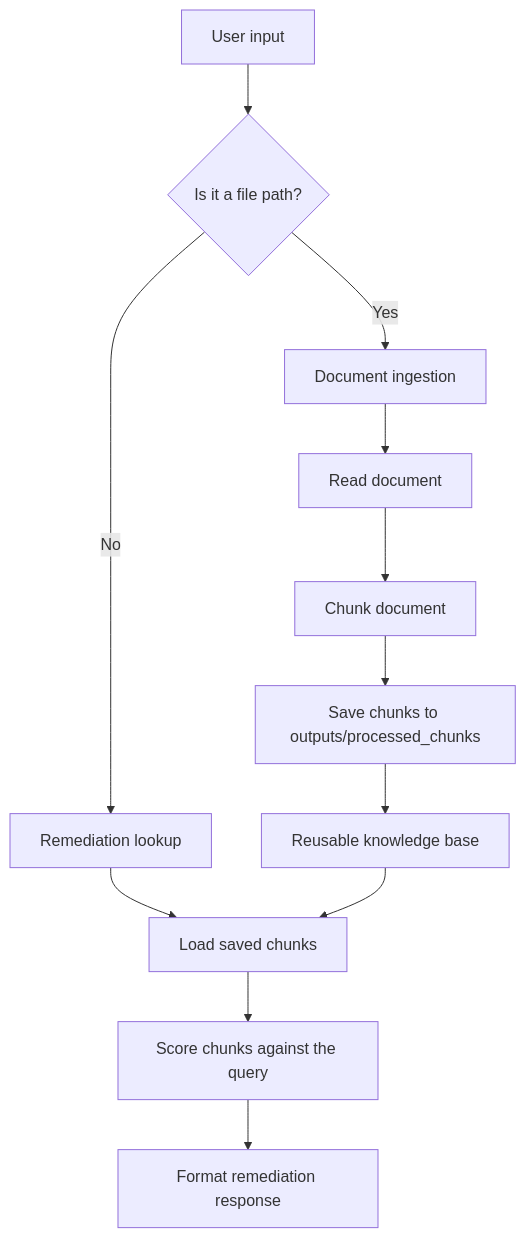
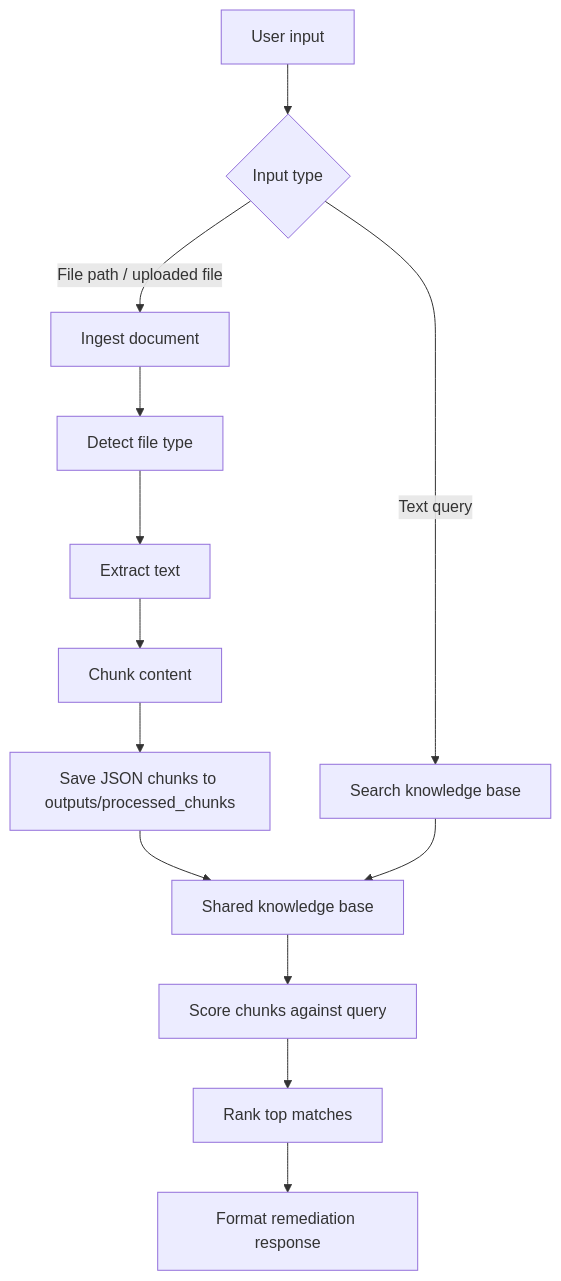
One commit to tsomiset/remediation_search changed the diagram in PROJECT_FLOW.md. Above: the diagram before and after it, drawn with Mermaid. The commit also changed other lines of this file, not shown here.

Commit message:
flow update

````diff
--- a/PROJECT_FLOW.md
+++ b/PROJECT_FLOW.md
@@ -7,17 +22,17 @@
 ```mermaid
 flowchart TD
-    A[User input] --> B{Is it a file path?}
-    B -- Yes --> C[Document ingestion]
-    B -- No --> D[Remediation lookup]
+    A[User input] --> B{Input type}
+    B -- File path / uploaded file --> C[Ingest document]
+    B -- Text query --> D[Search knowledge base]
 
-    C --> E[Read document]
-    E --> F[Chunk document]
-    F --> G[Save chunks to outputs/processed_chunks]
+    C --> E[Detect file type]
+    E --> F[Extract text]
+    F --> G[Chunk content]
+    G --> H[Save JSON chunks to outputs/processed_chunks]
+    H --> I[Shared knowledge base]
 
-    D --> H[Load saved chunks]
-    H --> I[Score chunks against the query]
-    I --> J[Format remediation response]
-
-    G --> K[Reusable knowledge base]
-    K --> H
+    D --> I
+    I --> J[Score chunks against query]
+    J --> K[Rank top matches]
+    K --> L[Format remediation response]
 ```
````
